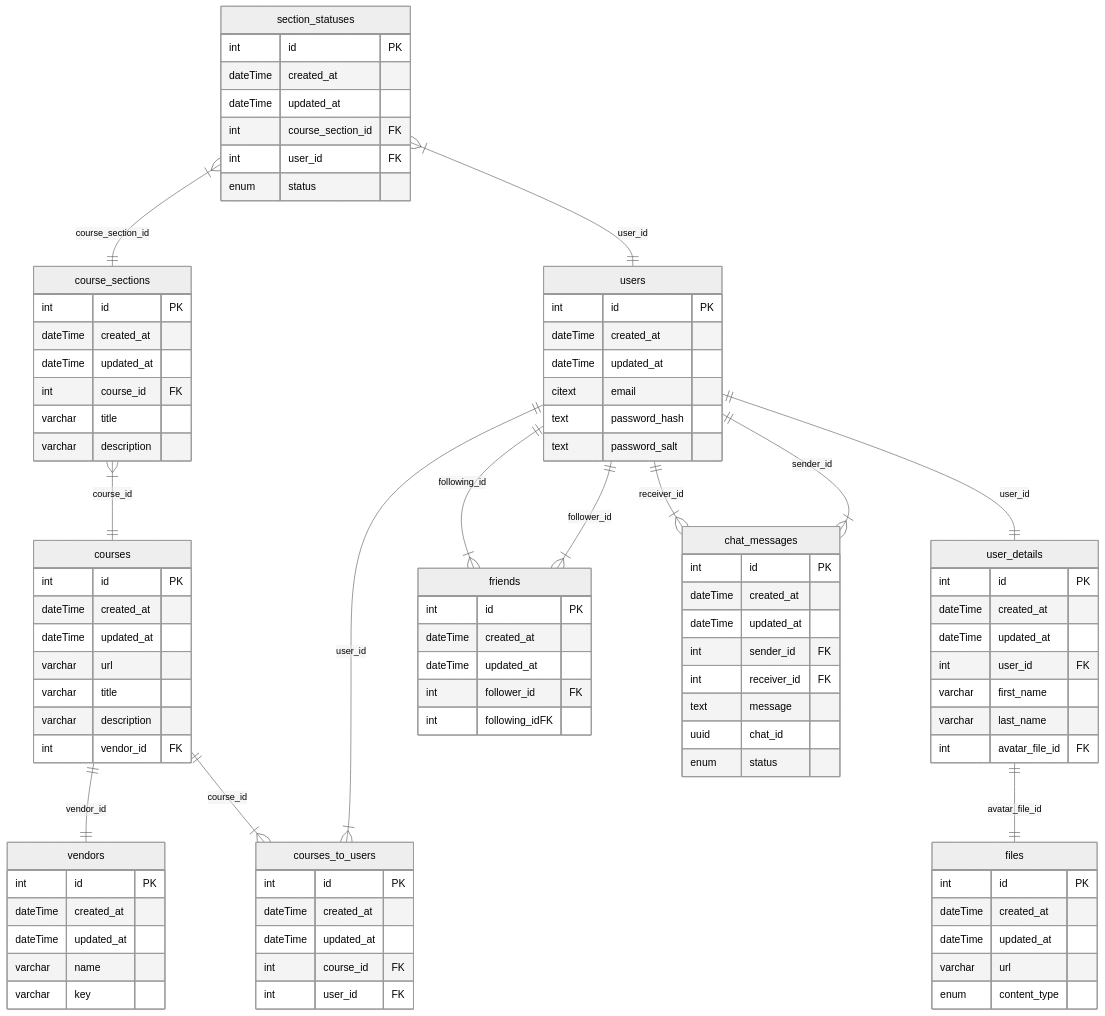
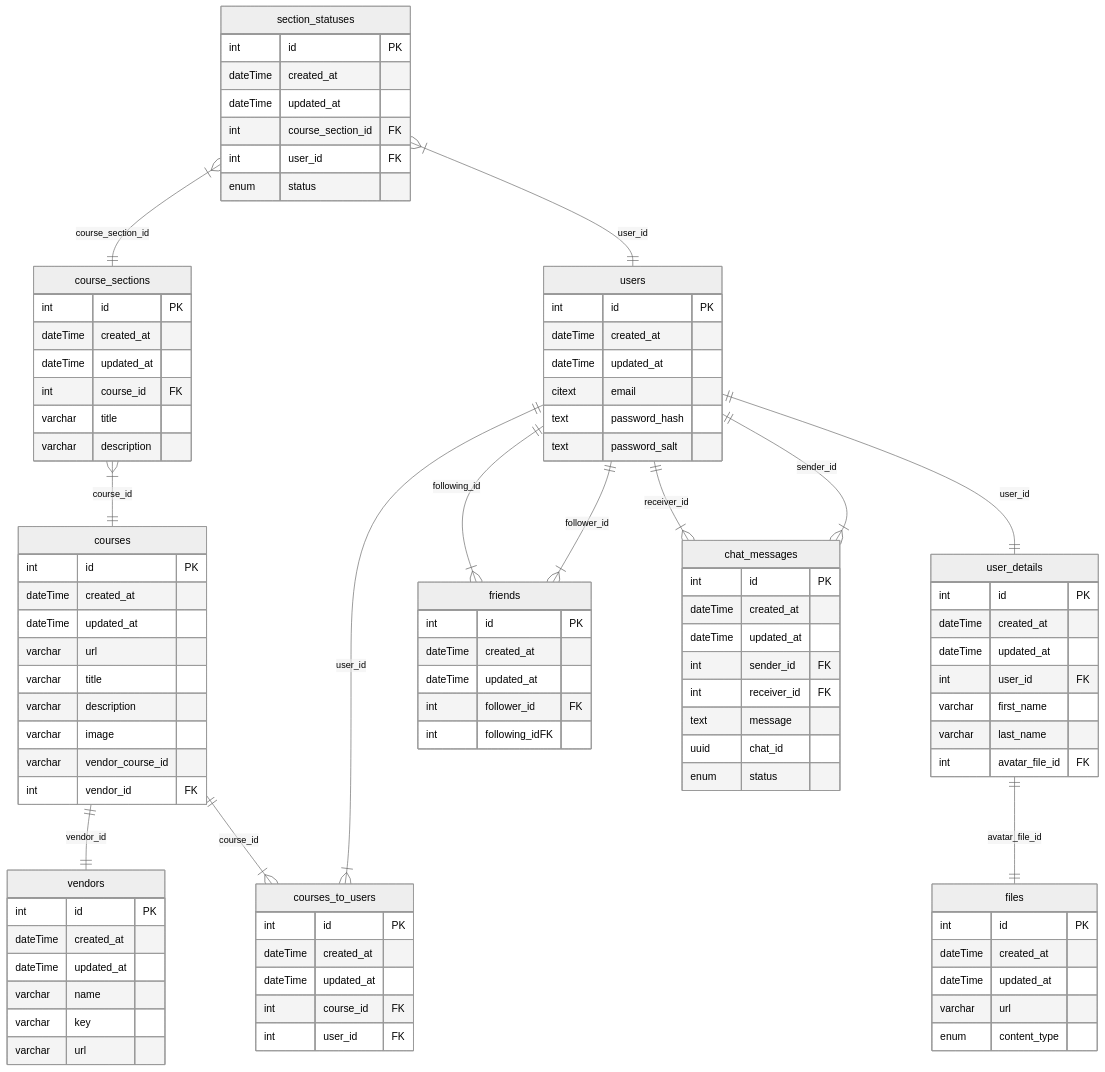
The diagram in readme.md (BinaryStudioAcademy/bsa-winter-2023-2024-trackmates), drawn with Mermaid (neutral theme) before and after one commit. The commit also changed 180 other files, not shown here.

```diff
--- a/readme.md
+++ b/readme.md
@@ -51,6 +51,8 @@
     varchar url
     varchar title
     varchar description
+    varchar image
+    varchar vendor_course_id
     int vendor_id FK
    }
 
@@ -68,6 +70,7 @@
     dateTime updated_at
     varchar name
     varchar key
+    varchar url
    }
 
    course_sections {
```
